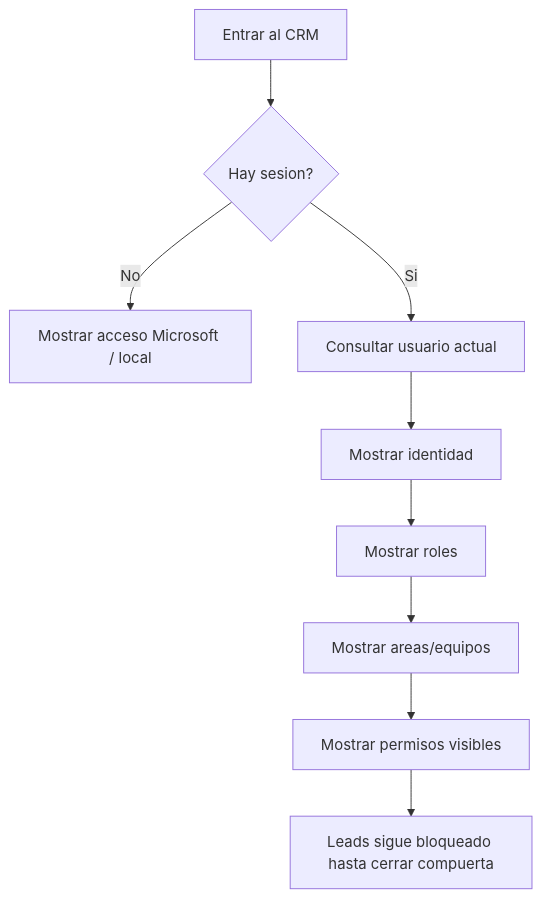
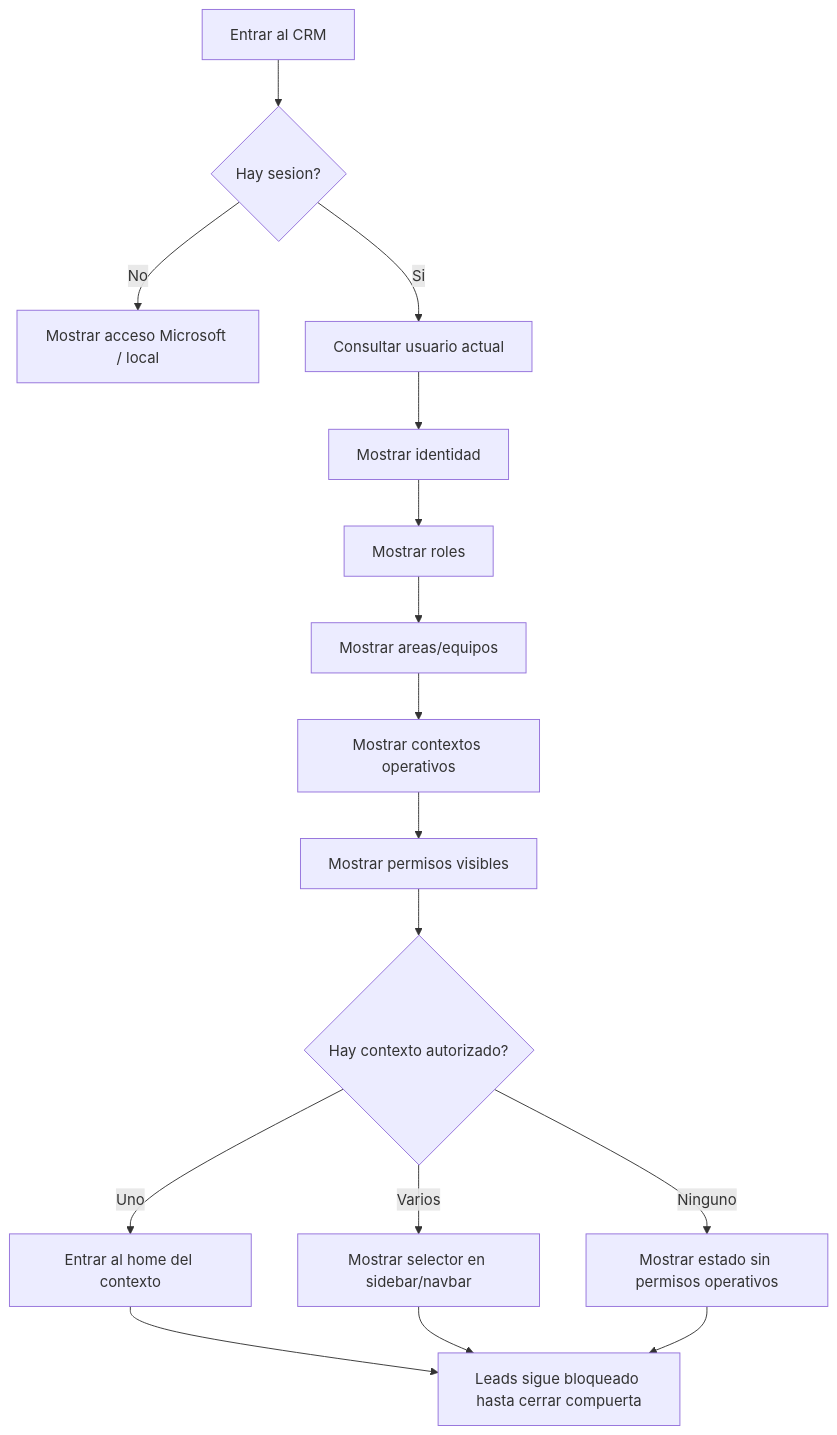
The diagram in apps/frontend/Arquitectura/24-Contrato-Visual-Identidad-P0-S1.md (roccacr/CRM_VENTAS), drawn with Mermaid before and after one commit. The commit also changed other lines of this file and 78 other files, not shown here.

Commit message:
chore: checkpoint crm tink identity and frontend architecture

````diff
--- a/apps/frontend/Arquitectura/24-Contrato-Visual-Identidad-P0-S1.md
+++ b/apps/frontend/Arquitectura/24-Contrato-Visual-Identidad-P0-S1.md
@@ -203,11 +260,18 @@
 ```mermaid
 flowchart TD
   A[Entrar al CRM] --> B{Hay sesion?}
   B -->|No| C[Mostrar acceso Microsoft / local]
   B -->|Si| D[Consultar usuario actual]
   D --> E[Mostrar identidad]
   E --> F[Mostrar roles]
   F --> G[Mostrar areas/equipos]
-  G --> H[Mostrar permisos visibles]
-  H --> I[Leads sigue bloqueado hasta cerrar compuerta]
+  G --> H[Mostrar contextos operativos]
+  H --> I[Mostrar permisos visibles]
+  I --> J{Hay contexto autorizado?}
+  J -->|Uno| K[Entrar al home del contexto]
+  J -->|Varios| L[Mostrar selector en sidebar/navbar]
+  J -->|Ninguno| M[Mostrar estado sin permisos operativos]
+  K --> N[Leads sigue bloqueado hasta cerrar compuerta]
+  L --> N
+  M --> N
 ```
````
